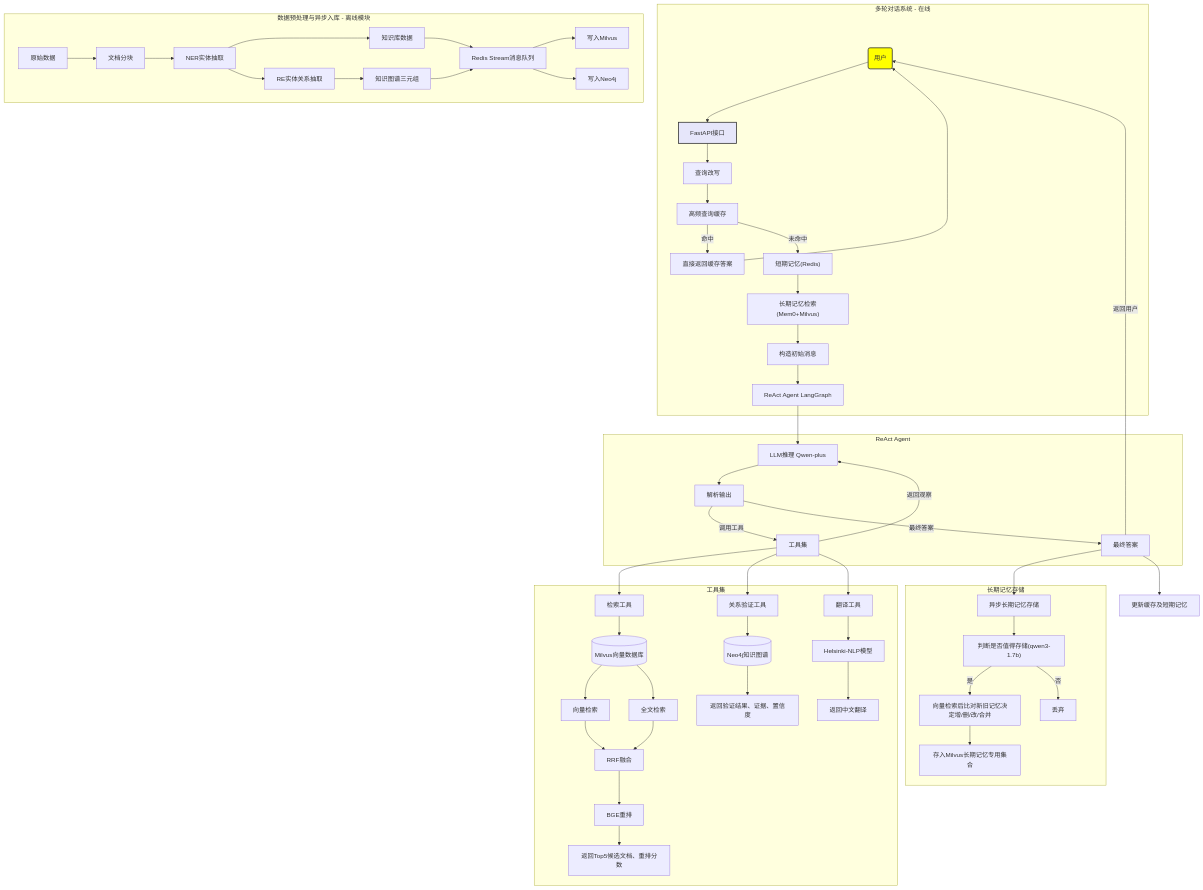
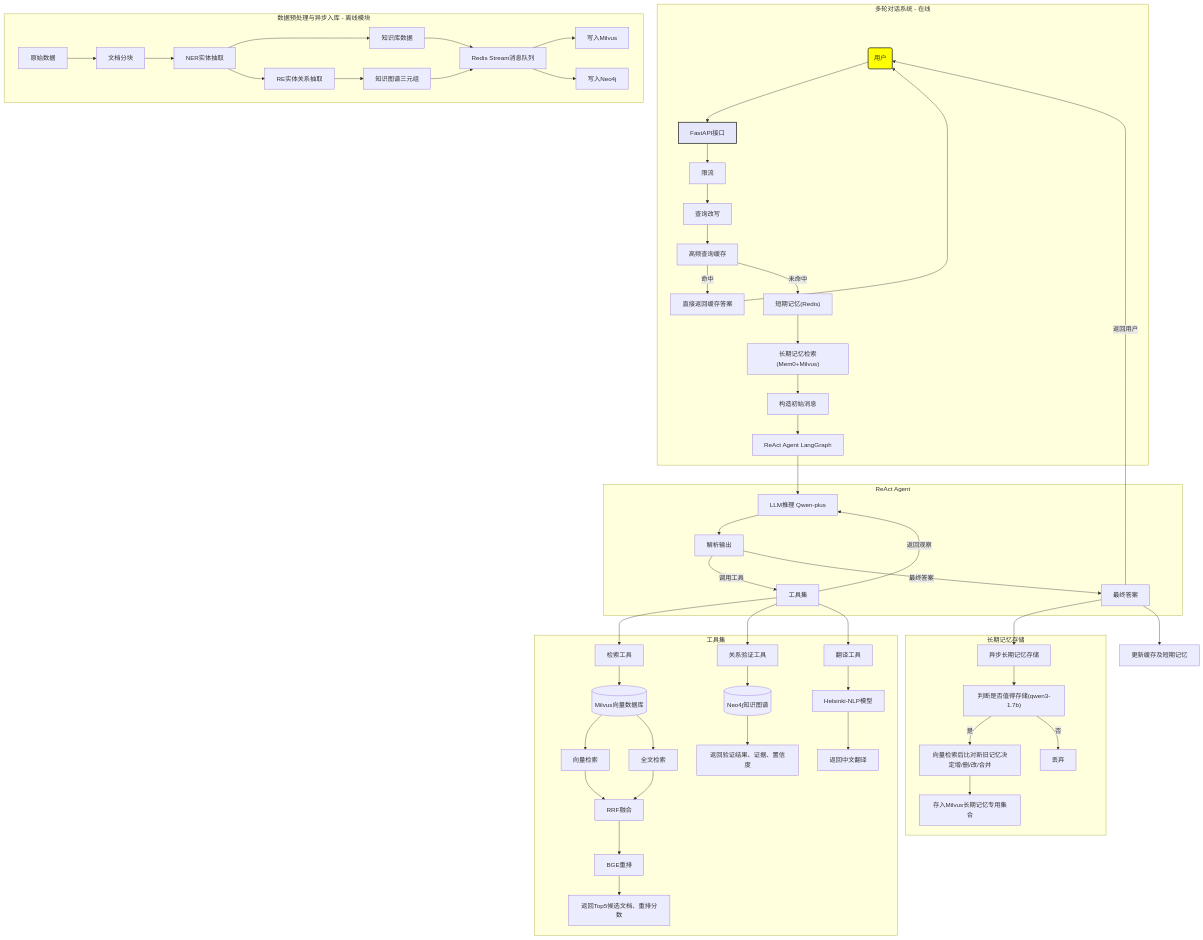
One commit to Jkler879/Multi-turn-Dialogue-System changed the diagram in README.md. Above: the diagram before and after it, drawn with Mermaid.

````diff
--- a/README.md
+++ b/README.md
@@ -17,72 +17,73 @@
 ```mermaid
 graph TD
     User(用户) --> API[FastAPI接口]
     style User fill:yellow,stroke:#333,stroke-width:2px
     style API fill:#E6E6FA,stroke:#333,stroke-width:2px
 
     subgraph 多轮对话系统 - 在线
-        API --> QW["查询改写"]
+        API --> AH["限流"]
+        AH --> QW["查询改写"]
         QW --> Cache["高频查询缓存"]
         Cache -->|命中| DirectReturn[直接返回缓存答案]
         DirectReturn --> User
         Cache -->|未命中| ShortMem["短期记忆(Redis)"]
         ShortMem --> LongMemRet["长期记忆检索(Mem0+Milvus)"]
         LongMemRet --> MsgConstruct[构造初始消息]
         MsgConstruct --> Agent[ReAct Agent LangGraph]
     end
 
     subgraph ReAct Agent
         Agent --> LLM[LLM推理 Qwen-plus]
         LLM --> Parse[解析输出]
         Parse -->|调用工具| Tools[工具集]
         Tools -->|返回观察| LLM
         Parse -->|最终答案| FinalAns[最终答案]
     end
 
 
     subgraph 工具集
         Tools --> Retriever[检索工具]
         Tools --> Verifier[关系验证工具]
         Tools --> Translator[翻译工具]
 
         Retriever --> Milvus[(Milvus向量数据库)]
         Milvus --> VectorSearch[向量检索]
         Milvus --> FullTextSearch[全文检索]
         VectorSearch --> RRF[RRF融合]
         FullTextSearch --> RRF
         RRF --> Rerank[BGE重排]
         Rerank --> RetResult[返回Top5候选文档、重排分数]
         
         Verifier --> Neo4j[(Neo4j知识图谱)]
         Neo4j --> VeriResult[返回验证结果、证据、置信度]
 
         Translator --> Helsinki[Helsinki-NLP模型]
         Helsinki --> TranslatorResult[返回中文翻译]
 
     end
 
     FinalAns -->|返回用户| User
     FinalAns --> AsyncLongMem[异步长期记忆存储]
     FinalAns --> UpdateCache[更新缓存及短期记忆]
 
     subgraph 长期记忆存储
         AsyncLongMem --> Decide["判断是否值得存储(qwen3-1.7b)"]
         Decide -->|是| Vectorize[向量检索后比对新旧记忆决定增/删/改/合并]
         Vectorize --> StoreMem[存入Milvus长期记忆专用集合]
         Decide -->|否| Discard[丢弃]
     end
 
     subgraph 数据预处理与异步入库 - 离线模块
         RawData[原始数据] --> Chunking[文档分块]
         Chunking --> EntityExt[NER实体抽取]
         EntityExt --> KBData[知识库数据]
         KBData --> Stream[Redis Stream消息队列]
 
         EntityExt --> RelationExt[RE实体关系抽取]
         RelationExt --> KGData[知识图谱三元组]
         KGData --> Stream
 
         Stream --> MilvusConsumer[写入Milvus]
         Stream --> Neo4jConsumer[写入Neo4j]
     end
 ```
````
